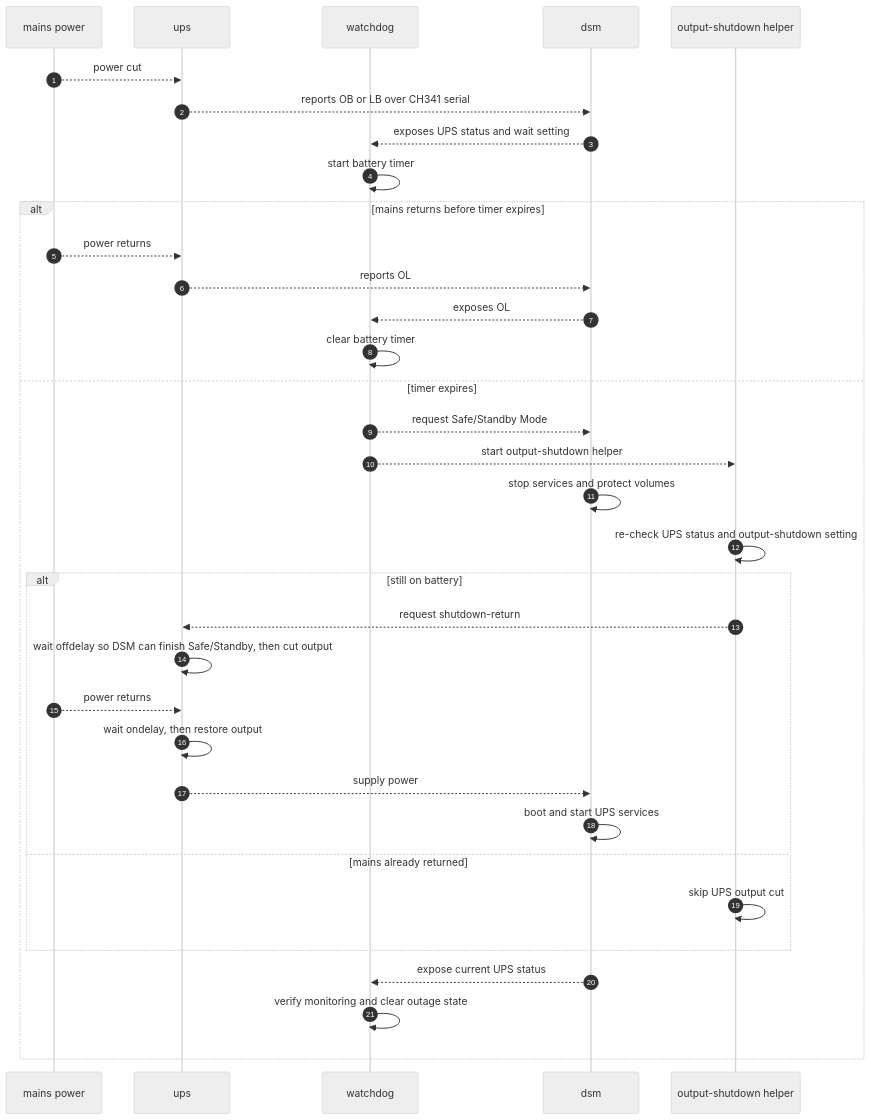
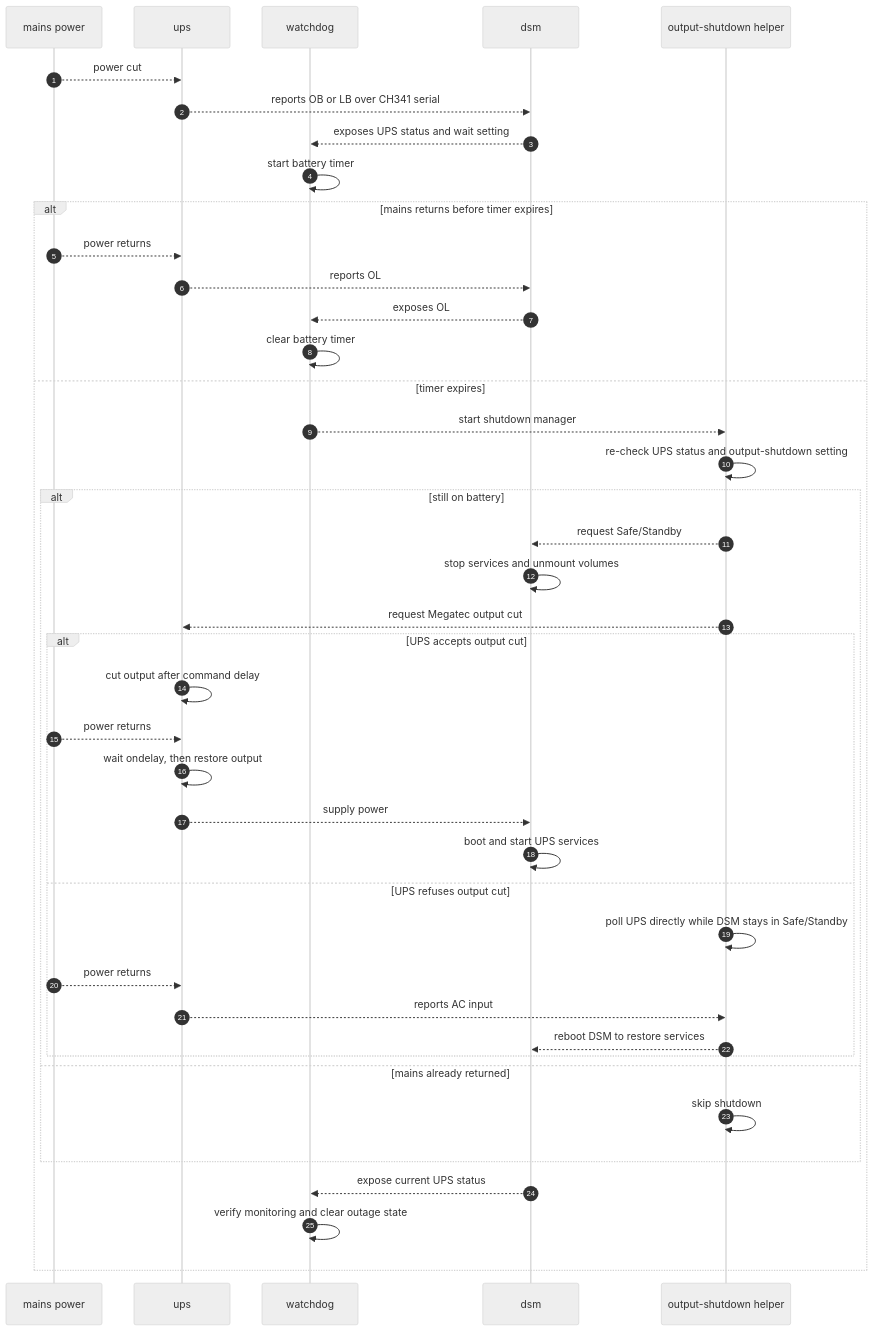
Before and after one commit to papa-vova/synology-nut-ch341-ups: the first of 2 diagrams in README.md, drawn with Mermaid (neutral theme). The commit also changed other lines of this file and 4 other files, not shown here.

Commit message:
Handle UPS recovery from DSM Safe Standby

````diff
--- a/README.md
+++ b/README.md
@@ -54,37 +56,44 @@
 ```mermaid
 sequenceDiagram
   autonumber
   participant M as mains power
   participant U as ups
   participant W as watchdog
   participant D as dsm
   participant O as output-shutdown helper
 
   M-->>U: power cut
   U-->>D: reports OB or LB over CH341 serial
   D-->>W: exposes UPS status and wait setting
   W->>W: start battery timer
   alt mains returns before timer expires
     M-->>U: power returns
     U-->>D: reports OL
     D-->>W: exposes OL
     W->>W: clear battery timer
   else timer expires
-    W-->>D: request Safe/Standby Mode
-    W-->>O: start output-shutdown helper
-    D->>D: stop services and protect volumes
+    W-->>O: start shutdown manager
     O->>O: re-check UPS status and output-shutdown setting
     alt still on battery
-      O-->>U: request shutdown-return
-      U->>U: wait offdelay so DSM can finish Safe/Standby, then cut output
-      M-->>U: power returns
-      U->>U: wait ondelay, then restore output
-      U-->>D: supply power
-      D->>D: boot and start UPS services
+      O-->>D: request Safe/Standby
+      D->>D: stop services and unmount volumes
+      O-->>U: request Megatec output cut
+      alt UPS accepts output cut
+        U->>U: cut output after command delay
+        M-->>U: power returns
+        U->>U: wait ondelay, then restore output
+        U-->>D: supply power
+        D->>D: boot and start UPS services
+      else UPS refuses output cut
+        O->>O: poll UPS directly while DSM stays in Safe/Standby
+        M-->>U: power returns
+        U-->>O: reports AC input
+        O-->>D: reboot DSM to restore services
+      end
     else mains already returned
-      O->>O: skip UPS output cut
+      O->>O: skip shutdown
     end
     D-->>W: expose current UPS status
     W->>W: verify monitoring and clear outage state
   end
 ```
````
